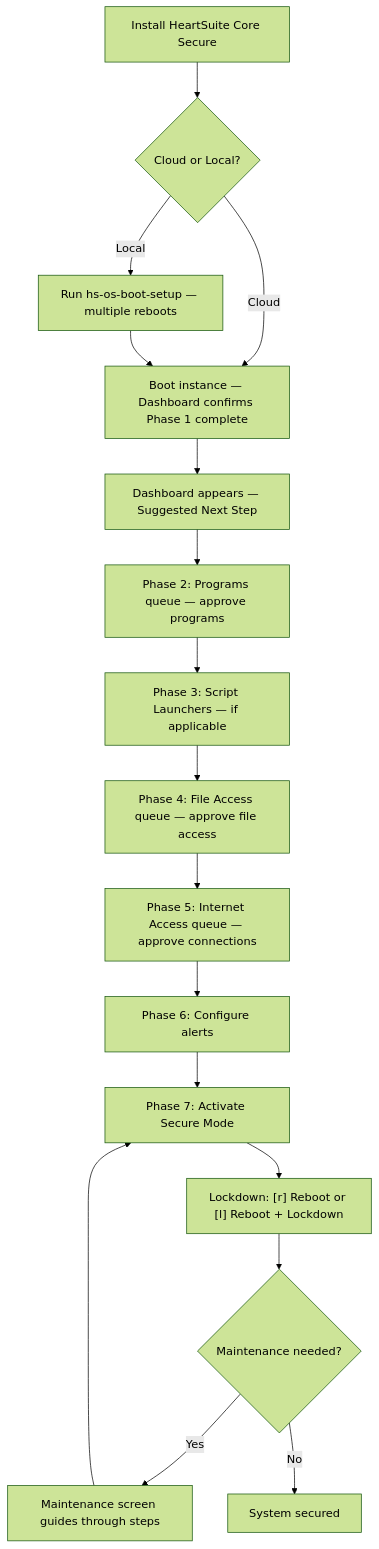
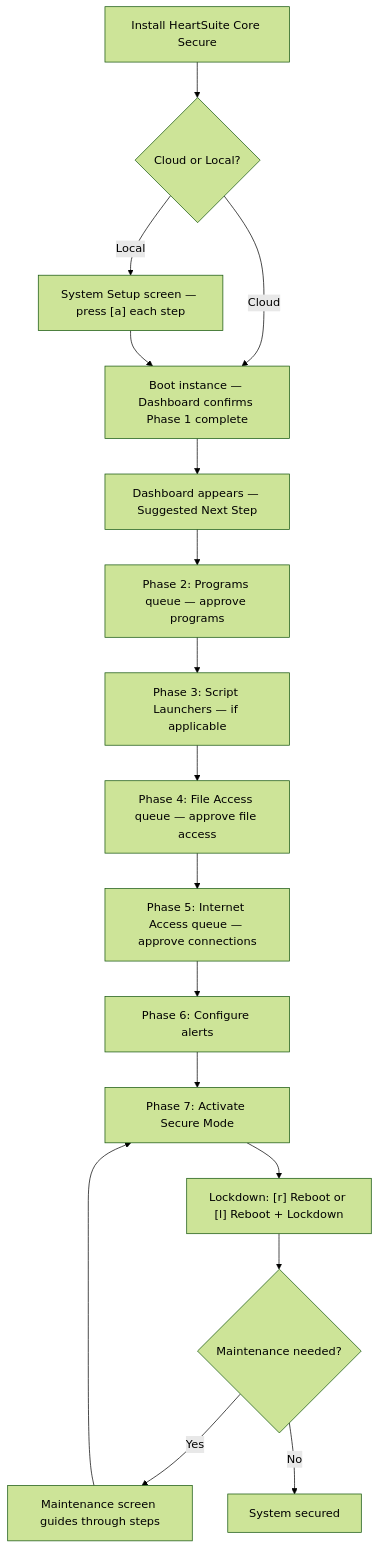
One commit to HeartSecuritySuite/heartsuite-docs changed the diagram in content/en/docs/introduction/setup-overview/_index.md. Above: the diagram before and after it, drawn with Mermaid (forest theme). The commit also changed other lines of this file and 7 other files, not shown here.

Commit message:
Replace hs-os-boot-setup with System Setup in docs

````diff
--- a/content/en/docs/introduction/setup-overview/_index.md
+++ b/content/en/docs/introduction/setup-overview/_index.md
@@ -61,19 +61,19 @@
 ```mermaid
 graph TD
     A[Install HeartSuite Core Secure] --> B{Cloud or Local?}
     B -- Cloud --> C[Boot instance — Dashboard confirms Phase 1 complete]
-    B -- Local --> D["Run hs-os-boot-setup — multiple reboots"]
+    B -- Local --> D["System Setup screen — press [a] each step"]
     D --> C
     C --> E[Dashboard appears — Suggested Next Step]
     E --> F["Phase 2: Programs queue — approve programs"]
     F --> G["Phase 3: Script Launchers — if applicable"]
     G --> H["Phase 4: File Access queue — approve file access"]
     H --> I["Phase 5: Internet Access queue — approve connections"]
     I --> J["Phase 6: Configure alerts"]
     J --> K["Phase 7: Activate Secure Mode"]
     K --> L["Lockdown: [r] Reboot or [l] Reboot + Lockdown"]
     L --> M{Maintenance needed?}
     M -- Yes --> N["Maintenance screen guides through steps"]
     N --> K
     M -- No --> O[System secured]
 ```
````
